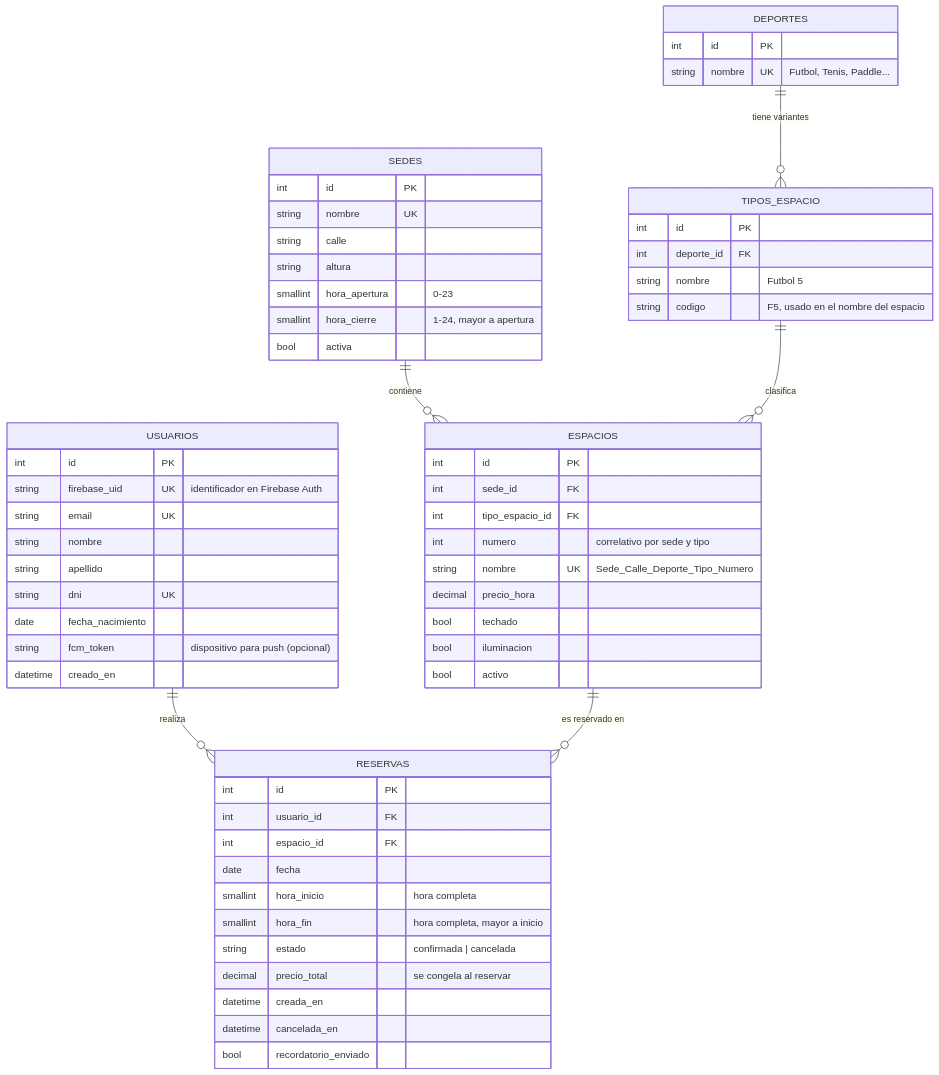
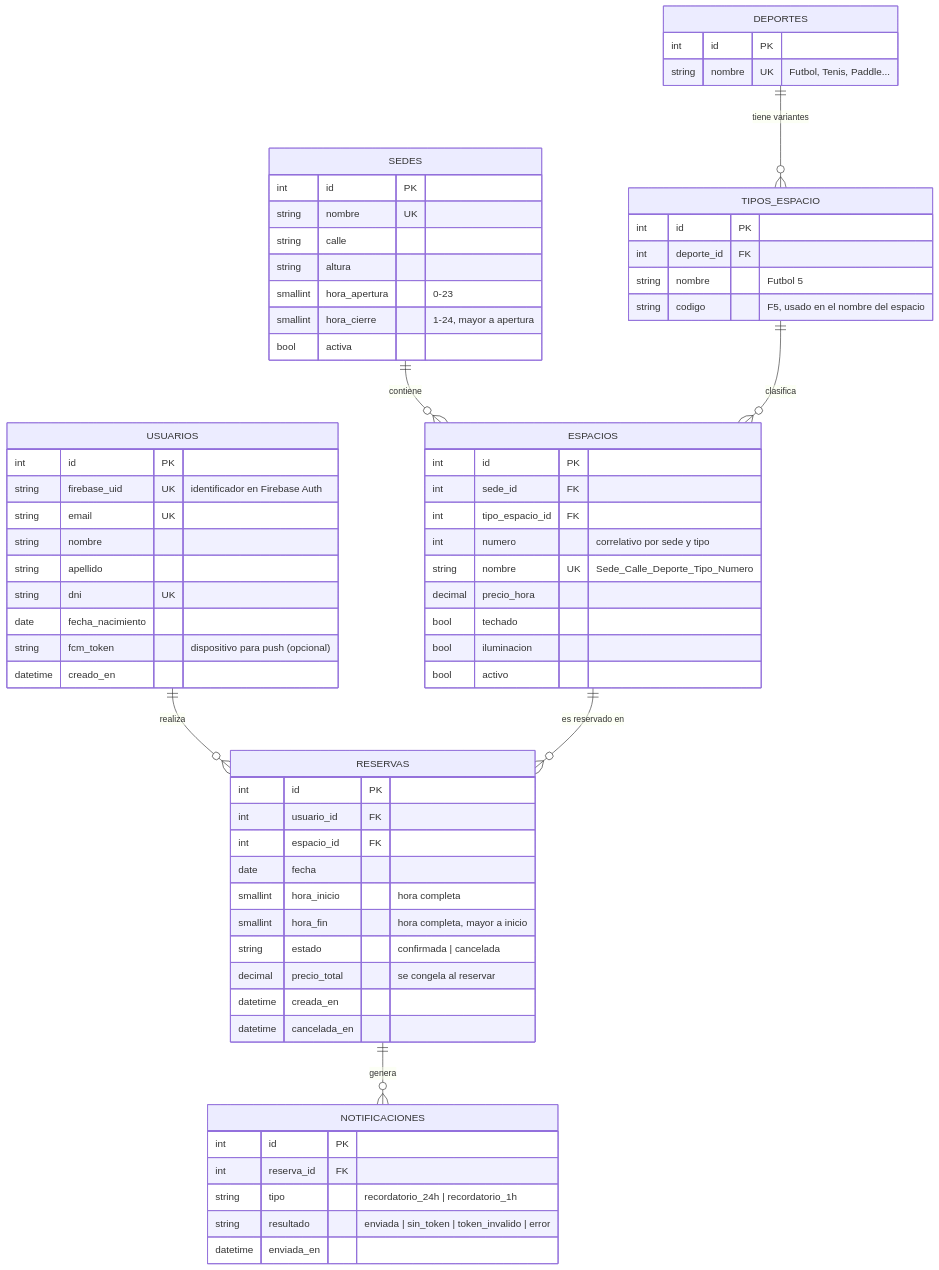
Before and after one commit to palomap2003/ClubPalomaPatinio: the diagram in docs/modelo-datos.md, drawn with Mermaid. The commit also changed other lines of this file and 12 other files, not shown here.

Commit message:
Recordatorios push de reservas (24 h y 1 h), detalle de reserva y borrado del token FCM

````diff
--- a/docs/modelo-datos.md
+++ b/docs/modelo-datos.md
@@ -5,63 +5,70 @@
 ```mermaid
 erDiagram
     USUARIOS ||--o{ RESERVAS : realiza
     ESPACIOS ||--o{ RESERVAS : "es reservado en"
+    RESERVAS ||--o{ NOTIFICACIONES : "genera"
     SEDES ||--o{ ESPACIOS : contiene
     DEPORTES ||--o{ TIPOS_ESPACIO : "tiene variantes"
     TIPOS_ESPACIO ||--o{ ESPACIOS : clasifica
 
     USUARIOS {
         int id PK
         string firebase_uid UK "identificador en Firebase Auth"
         string email UK
         string nombre
         string apellido
         string dni UK
         date fecha_nacimiento
         string fcm_token "dispositivo para push (opcional)"
         datetime creado_en
     }
     SEDES {
         int id PK
         string nombre UK
         string calle
         string altura
         smallint hora_apertura "0-23"
         smallint hora_cierre "1-24, mayor a apertura"
         bool activa
     }
     DEPORTES {
         int id PK
         string nombre UK "Futbol, Tenis, Paddle..."
     }
     TIPOS_ESPACIO {
         int id PK
         int deporte_id FK
         string nombre "Futbol 5"
         string codigo "F5, usado en el nombre del espacio"
     }
     ESPACIOS {
         int id PK
         int sede_id FK
         int tipo_espacio_id FK
         int numero "correlativo por sede y tipo"
         string nombre UK "Sede_Calle_Deporte_Tipo_Numero"
         decimal precio_hora
         bool techado
         bool iluminacion
         bool activo
     }
     RESERVAS {
         int id PK
         int usuario_id FK
         int espacio_id FK
         date fecha
         smallint hora_inicio "hora completa"
         smallint hora_fin "hora completa, mayor a inicio"
         string estado "confirmada | cancelada"
         decimal precio_total "se congela al reservar"
         datetime creada_en
         datetime cancelada_en
-        bool recordatorio_enviado
+    }
+    NOTIFICACIONES {
+        int id PK
+        int reserva_id FK
+        string tipo "recordatorio_24h | recordatorio_1h"
+        string resultado "enviada | sin_token | token_invalido | error"
+        datetime enviada_en
     }
 ```
````
